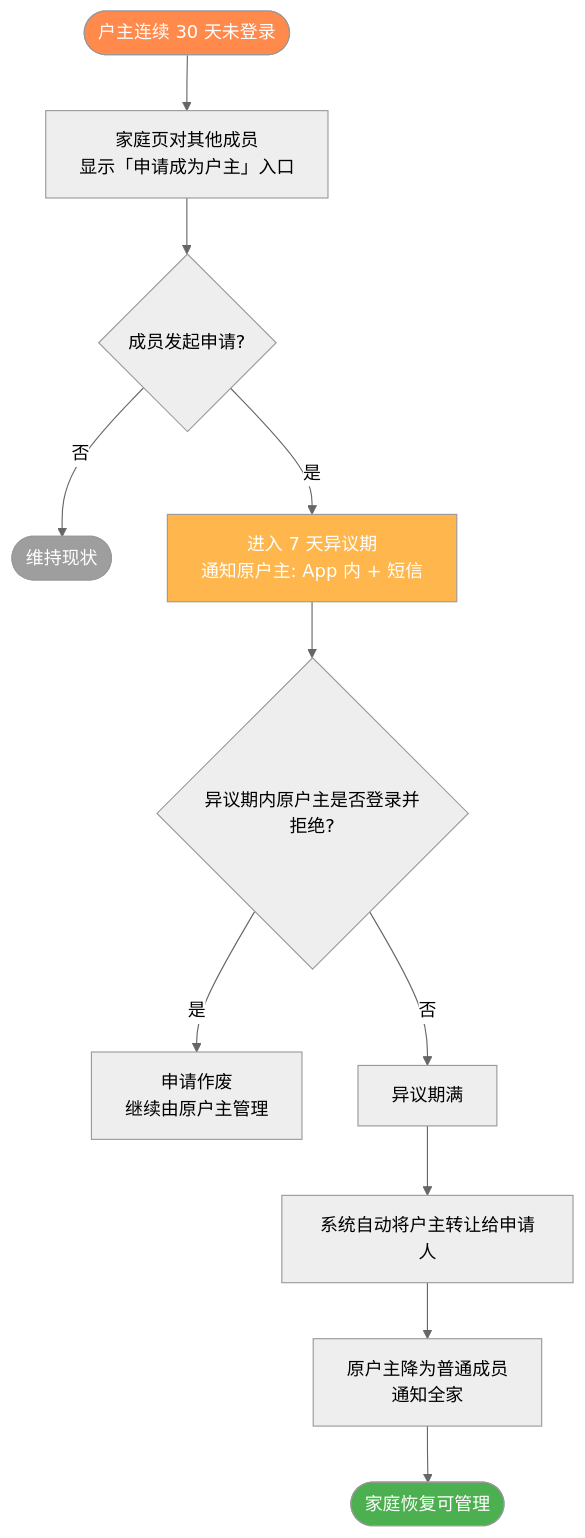
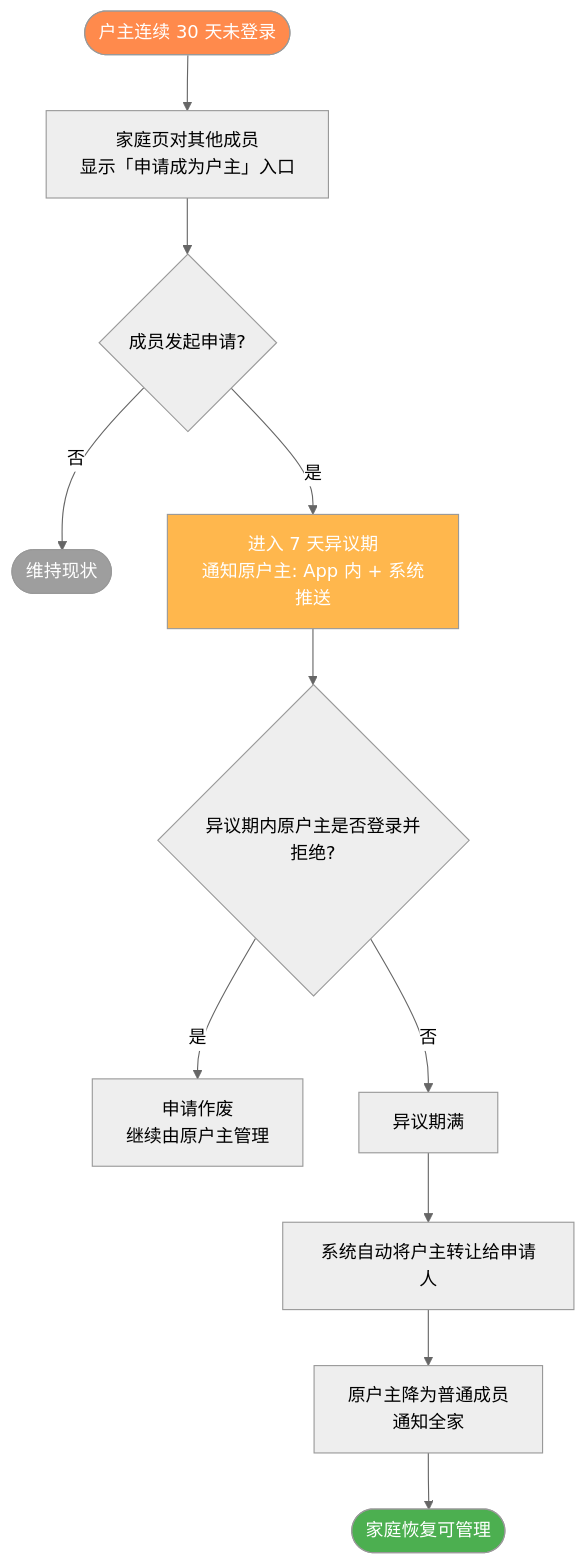
One commit to raochen0000/HomeBook changed the sixth of 16 diagrams in docs/PRD.md. Above: the diagram before and after it, drawn with Mermaid (neutral theme). The commit also changed other lines of this file and 25 other files, not shown here.

````diff
--- a/docs/PRD.md
+++ b/docs/PRD.md
@@ -559,20 +561,20 @@
 ```mermaid
 flowchart TD
     A([户主连续 30 天未登录]) --> B[家庭页对其他成员<br/>显示「申请成为户主」入口]
     B --> C{成员发起申请?}
     C -- 否 --> Z1([维持现状])
-    C -- 是 --> D[进入 7 天异议期<br/>通知原户主: App 内 + 短信]
+    C -- 是 --> D[进入 7 天异议期<br/>通知原户主: App 内 + 系统推送]
 
     D --> E{异议期内原户主是否登录并拒绝?}
     E -- 是 --> E1[申请作废<br/>继续由原户主管理]
     E -- 否 --> F[异议期满]
 
     F --> G[系统自动将户主转让给申请人]
     G --> H[原户主降为普通成员<br/>通知全家]
     H --> Z2([家庭恢复可管理])
 
     style A fill:#FF8A4C,color:#fff
     style Z1 fill:#9E9E9E,color:#fff
     style Z2 fill:#4CAF50,color:#fff
     style D fill:#FFB74D,color:#fff
 ```
````
